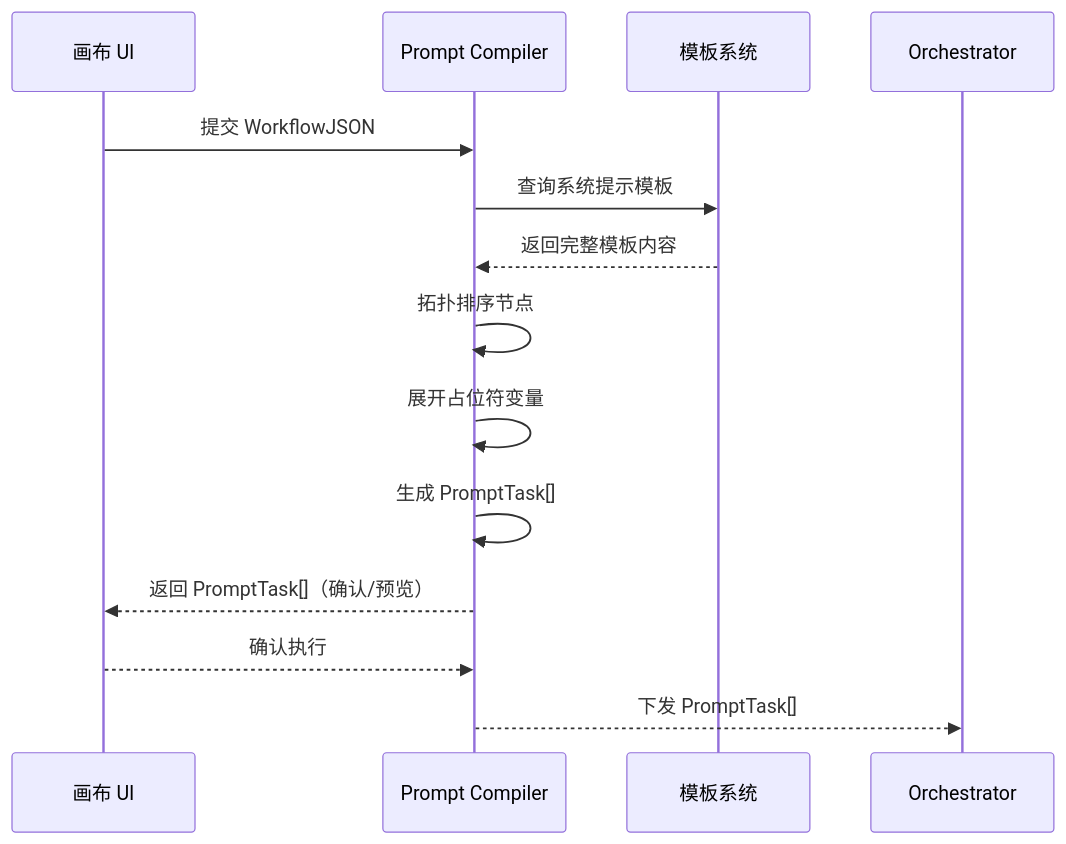
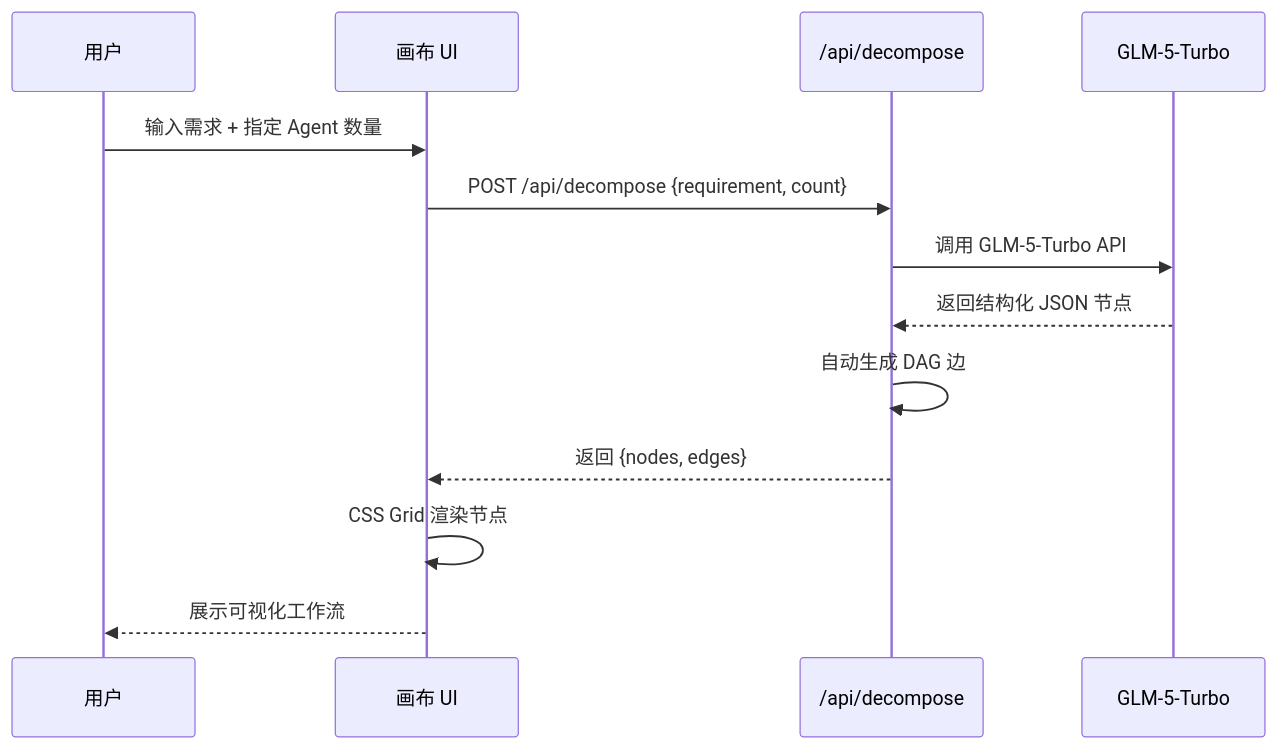
One commit to LuweiLiao/agentflow changed the first of 3 diagrams in 02-system-architecture/02.1-core-pipeline.md. Above: the diagram before and after it, drawn with Mermaid. The commit also changed other lines of this file and 34 other files, not shown here.

````diff
--- a/02-system-architecture/02.1-core-pipeline.md
+++ b/02-system-architecture/02.1-core-pipeline.md
@@ -142,16 +102,16 @@
 ```mermaid
 sequenceDiagram
+    participant User as 用户
     participant Canvas as 画布 UI
-    participant Compiler as Prompt Compiler
-    participant Template as 模板系统
-    
-    Canvas->>Compiler: 提交 WorkflowJSON
-    Compiler->>Template: 查询系统提示模板
-    Template-->>Compiler: 返回完整模板内容
-    Compiler->>Compiler: 拓扑排序节点
-    Compiler->>Compiler: 展开占位符变量
-    Compiler->>Compiler: 生成 PromptTask[]
-    Compiler-->>Canvas: 返回 PromptTask[]（确认/预览）
-    Canvas-->>Compiler: 确认执行
-    Compiler-->>Orchestrator: 下发 PromptTask[]
+    participant API as /api/decompose
+    participant GLM as GLM-5-Turbo
+
+    User->>Canvas: 输入需求 + 指定 Agent 数量
+    Canvas->>API: POST /api/decompose {requirement, count}
+    API->>GLM: 调用 GLM-5-Turbo API
+    GLM-->>API: 返回结构化 JSON 节点
+    API->>API: 自动生成 DAG 边
+    API-->>Canvas: 返回 {nodes, edges}
+    Canvas->>Canvas: CSS Grid 渲染节点
+    Canvas-->>User: 展示可视化工作流
 ```
````
